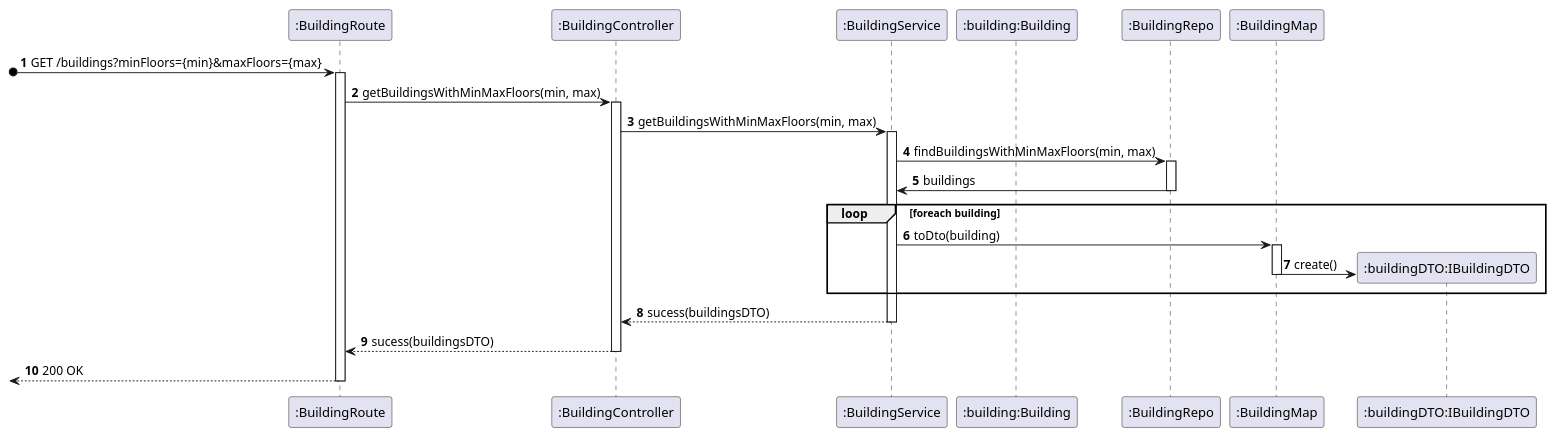
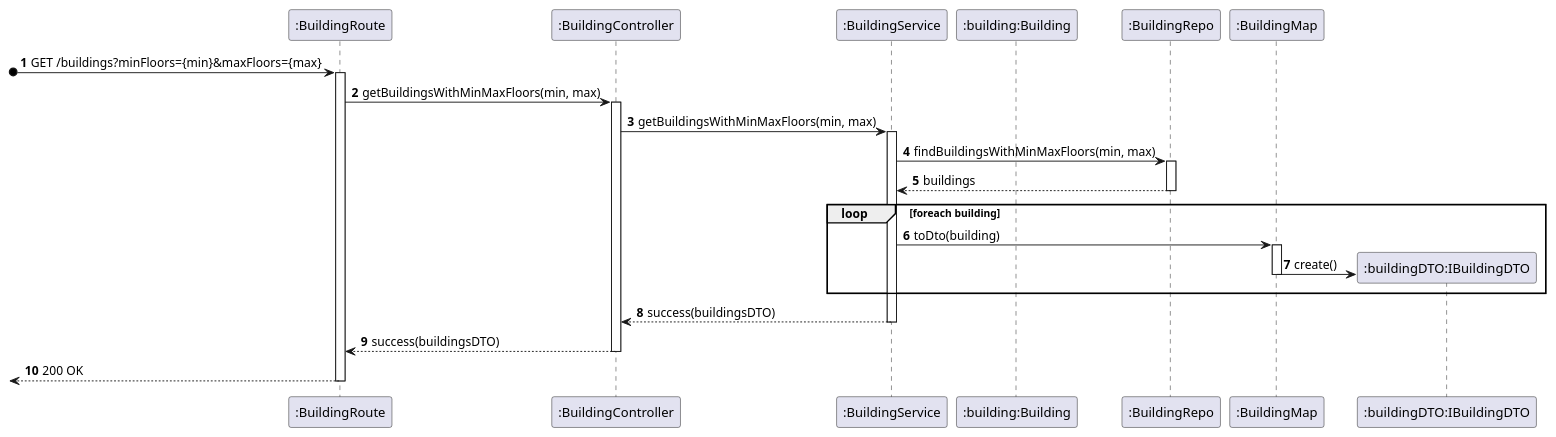
Before and after one commit to miseEnPlace-dev/lapr5: the diagram in _wiki/sprint-a/us04-180/views/level-3/process-view.puml, drawn with PlantUML.

Commit message:
docs(us-180): fixed typo

```diff
--- a/_wiki/sprint-a/us04-180/views/level-3/process-view.puml
+++ b/_wiki/sprint-a/us04-180/views/level-3/process-view.puml
@@ -1,35 +1,35 @@
 @startuml process-view
 autonumber
 participant ROUTE as ":BuildingRoute"
 participant CTRL as ":BuildingController"
 participant SRV as ":BuildingService"
 participant BUILD as ":building:Building"
 participant REPO as ":BuildingRepo"
 participant MAP as ":BuildingMap"
 participant DTO as ":buildingDTO:IBuildingDTO"
 
 ?o-> ROUTE : GET /buildings?minFloors={min}&maxFloors={max}
 activate ROUTE
 
 ROUTE -> CTRL : getBuildingsWithMinMaxFloors(min, max)
 activate CTRL
 CTRL -> SRV : getBuildingsWithMinMaxFloors(min, max)
 activate SRV
 SRV -> REPO : findBuildingsWithMinMaxFloors(min, max)
 activate REPO
-REPO -> SRV : buildings
+REPO --> SRV : buildings
 deactivate REPO
 loop foreach building
     SRV -> MAP : toDto(building)
     activate MAP
     MAP -> DTO** : create()
     deactivate MAP
 end
-SRV --> CTRL : sucess(buildingsDTO)
+SRV --> CTRL : success(buildingsDTO)
 deactivate SRV
-CTRL --> ROUTE : sucess(buildingsDTO)
+CTRL --> ROUTE : success(buildingsDTO)
 deactivate CTRL
 <-- ROUTE : 200 OK
 deactivate ROUTE
 
 @enduml
```
